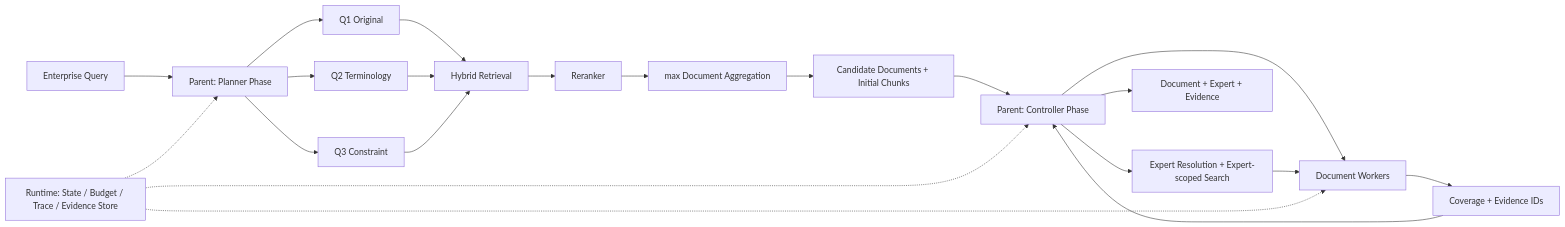
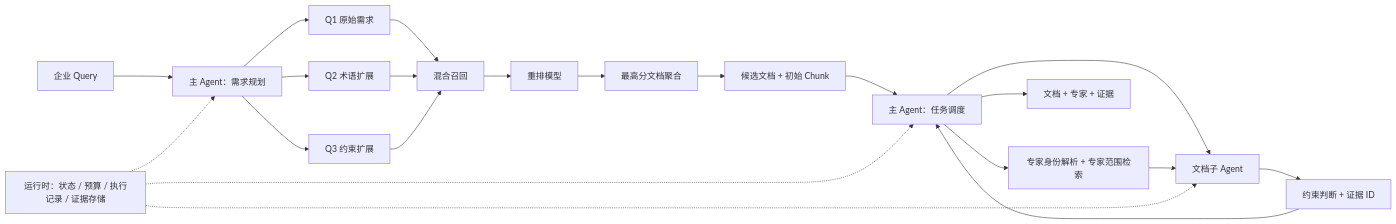
One commit to NozomiX1/NozomiX1.github.io changed the fourth of 4 diagrams in technical-report-v1.md. Above: the diagram before and after it, drawn with Mermaid. The commit also changed other lines of this file and 3 other files, not shown here.

````diff
--- a/technical-report-v1.md
+++ b/technical-report-v1.md
@@ -874,23 +957,23 @@
 ```mermaid
 flowchart LR
-    U[Enterprise Query] --> P[Parent: Planner Phase]
-    P --> Q1[Q1 Original]
-    P --> Q2[Q2 Terminology]
-    P --> Q3[Q3 Constraint]
-    Q1 --> R[Hybrid Retrieval]
+    U[企业 Query] --> P[主 Agent：需求规划]
+    P --> Q1[Q1 原始需求]
+    P --> Q2[Q2 术语扩展]
+    P --> Q3[Q3 约束扩展]
+    Q1 --> R[混合召回]
     Q2 --> R
     Q3 --> R
-    R --> RR[Reranker]
-    RR --> A[max Document Aggregation]
-    A --> C[Candidate Documents + Initial Chunks]
-    C --> PC[Parent: Controller Phase]
-    PC --> W[Document Workers]
-    W --> RES[Coverage + Evidence IDs]
+    R --> RR[重排模型]
+    RR --> A[最高分文档聚合]
+    A --> C[候选文档 + 初始 Chunk]
+    C --> PC[主 Agent：任务调度]
+    PC --> W[文档子 Agent]
+    W --> RES[约束判断 + 证据 ID]
     RES --> PC
-    PC --> EX[Expert Resolution + Expert-scoped Search]
+    PC --> EX[专家身份解析 + 专家范围检索]
     EX --> W
-    PC --> F[Document + Expert + Evidence]
-    RT[Runtime: State / Budget / Trace / Evidence Store] -.-> P
+    PC --> F[文档 + 专家 + 证据]
+    RT[运行时：状态 / 预算 / 执行记录 / 证据存储] -.-> P
     RT -.-> PC
     RT -.-> W
 ```
````
